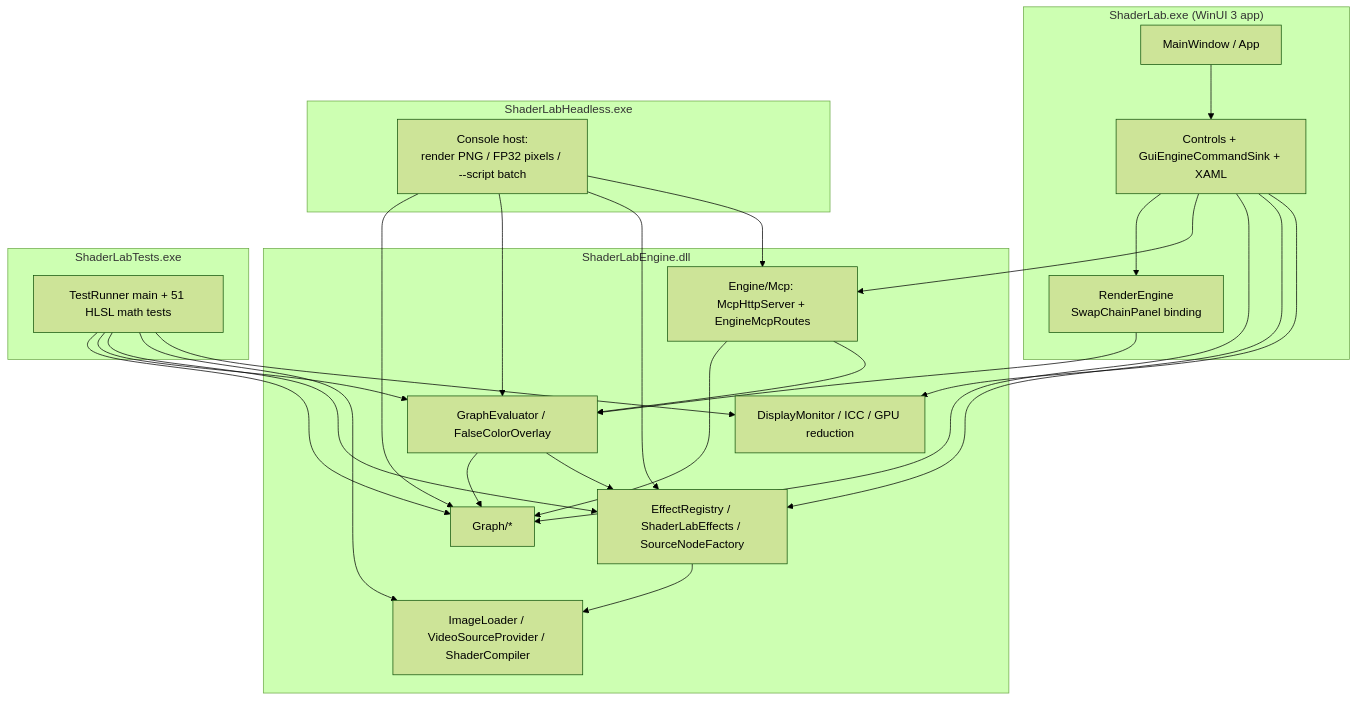
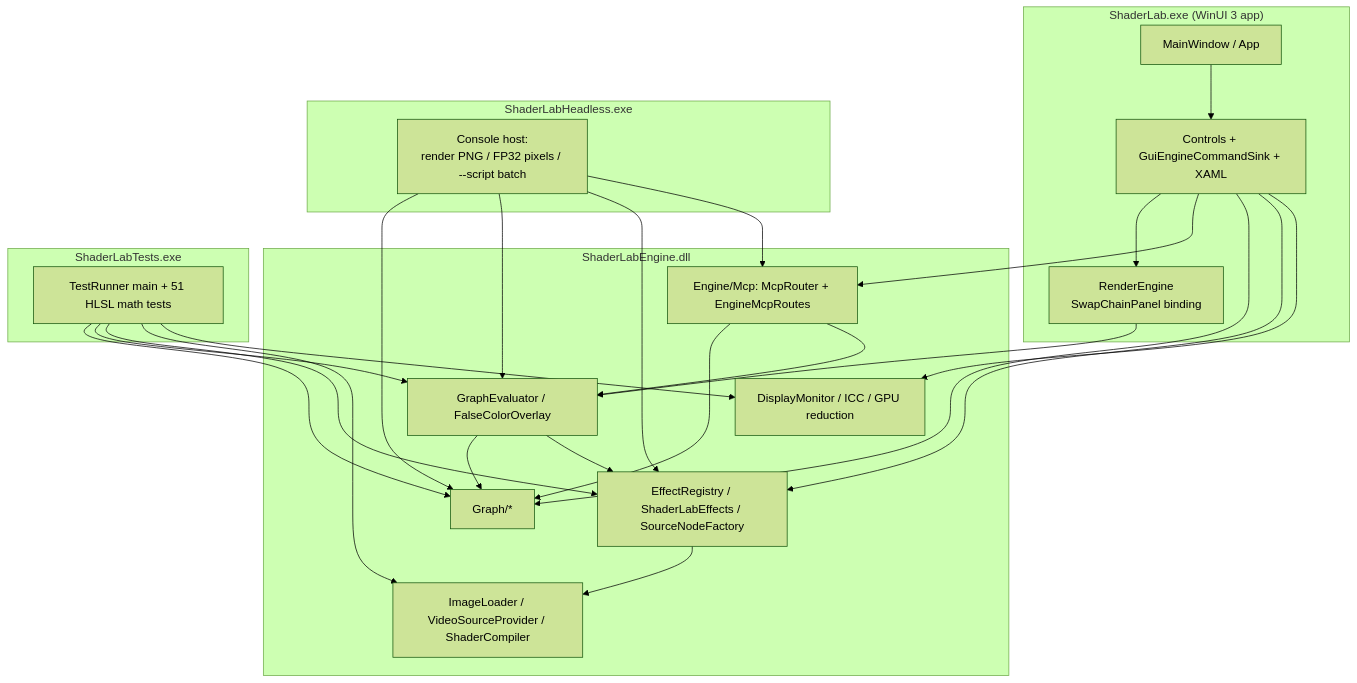
One commit to Spruill-1/ShaderLab changed the diagram in docs/architecture/overview.md. Above: the diagram before and after it, drawn with Mermaid (forest theme). The commit also changed 34 other files, not shown here.

````diff
--- a/docs/architecture/overview.md
+++ b/docs/architecture/overview.md
@@ -3,47 +3,47 @@
 ```mermaid
 graph TB
     subgraph App["ShaderLab.exe (WinUI 3 app)"]
         MW[MainWindow / App]
         UI[Controls + GuiEngineCommandSink + XAML]
         RE[RenderEngine<br/>SwapChainPanel binding]
     end
 
     subgraph Engine["ShaderLabEngine.dll"]
         EG[Graph/*]
         EV[GraphEvaluator / FalseColorOverlay]
         FX[EffectRegistry / ShaderLabEffects / SourceNodeFactory]
         IO[ImageLoader / VideoSourceProvider / ShaderCompiler]
         MON[DisplayMonitor / ICC / GPU reduction]
-        MCP[Engine/Mcp: McpHttpServer + EngineMcpRoutes]
+        MCP[Engine/Mcp: McpRouter + EngineMcpRoutes]
     end
 
     subgraph Tests["ShaderLabTests.exe"]
         TR[TestRunner main + 51 HLSL math tests]
     end
 
     subgraph Headless["ShaderLabHeadless.exe"]
         HC[Console host:<br/>render PNG / FP32 pixels / --script batch]
     end
 
     MW --> UI
     UI --> RE
     UI --> MCP
     RE --> EV
     UI --> EG
     UI --> FX
     UI --> MON
     EV --> EG
     EV --> FX
     FX --> IO
     MCP --> EG
     MCP --> EV
     TR --> EG
     TR --> EV
     TR --> FX
     TR --> IO
     TR --> MON
     HC --> EG
     HC --> EV
     HC --> FX
     HC --> MCP
 ```
````
